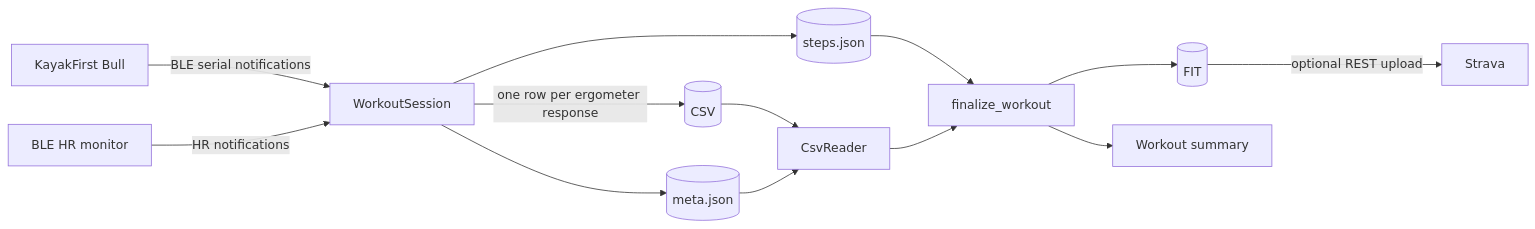
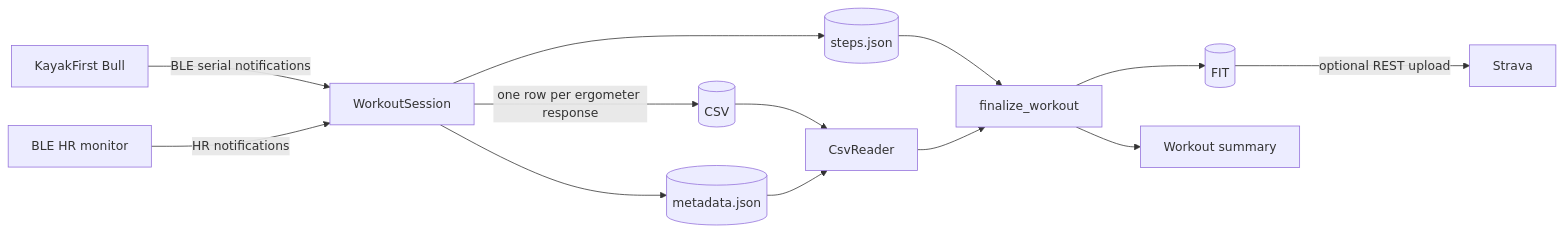
Before and after one commit to konverga/KayakFit: the diagram in docs/ARCHITECTURE.md, drawn with Mermaid. The commit also changed 3 other files, not shown here.

````diff
--- a/docs/ARCHITECTURE.md
+++ b/docs/ARCHITECTURE.md
@@ -15,16 +15,16 @@
 ```mermaid
 flowchart LR
     ERG[KayakFirst Bull] -->|BLE serial notifications| SESSION[WorkoutSession]
     HRM[BLE HR monitor] -->|HR notifications| SESSION
     SESSION -->|one row per ergometer response| CSV[(CSV)]
-    SESSION --> META[(meta.json)]
+    SESSION --> META[(metadata.json)]
     SESSION --> STEPS[(steps.json)]
 
     CSV --> READER[CsvReader]
     META --> READER
     STEPS --> FINAL[finalize_workout]
     READER --> FINAL
     FINAL --> FIT[(FIT)]
     FINAL --> SUMMARY[Workout summary]
     FIT -->|optional REST upload| STRAVA[Strava]
 ```
````
